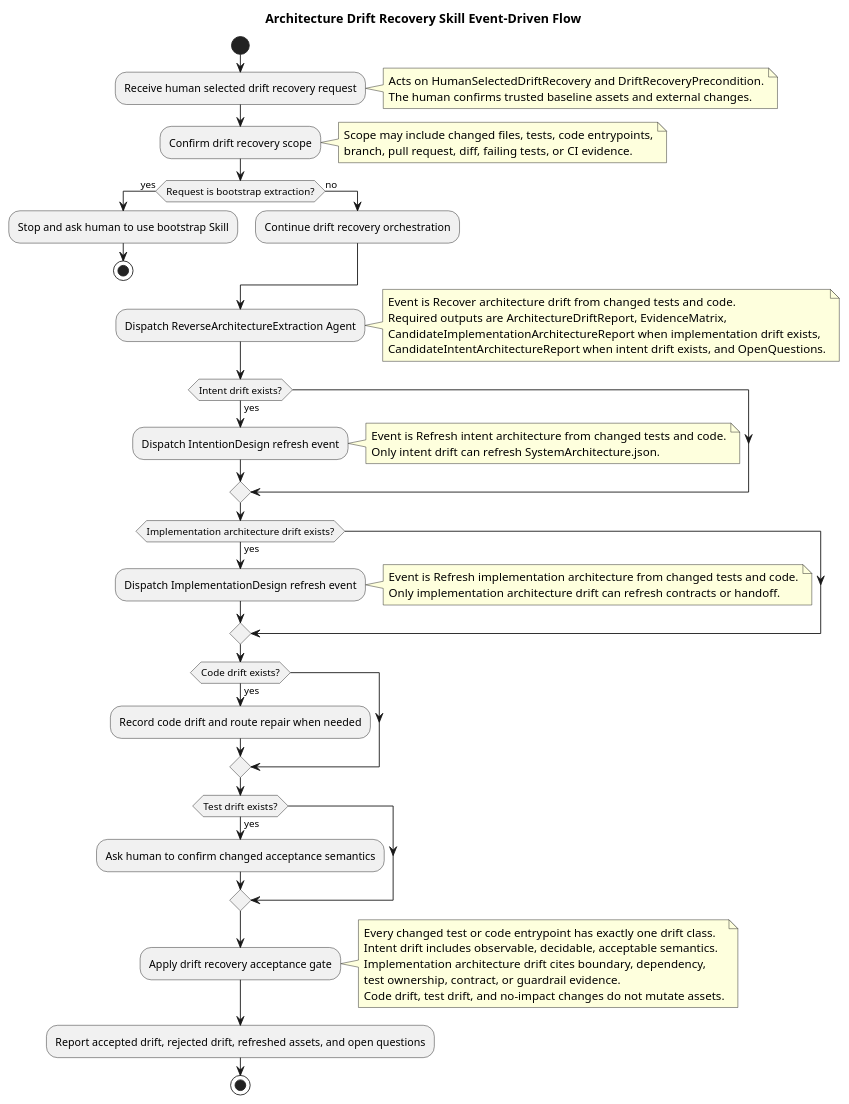
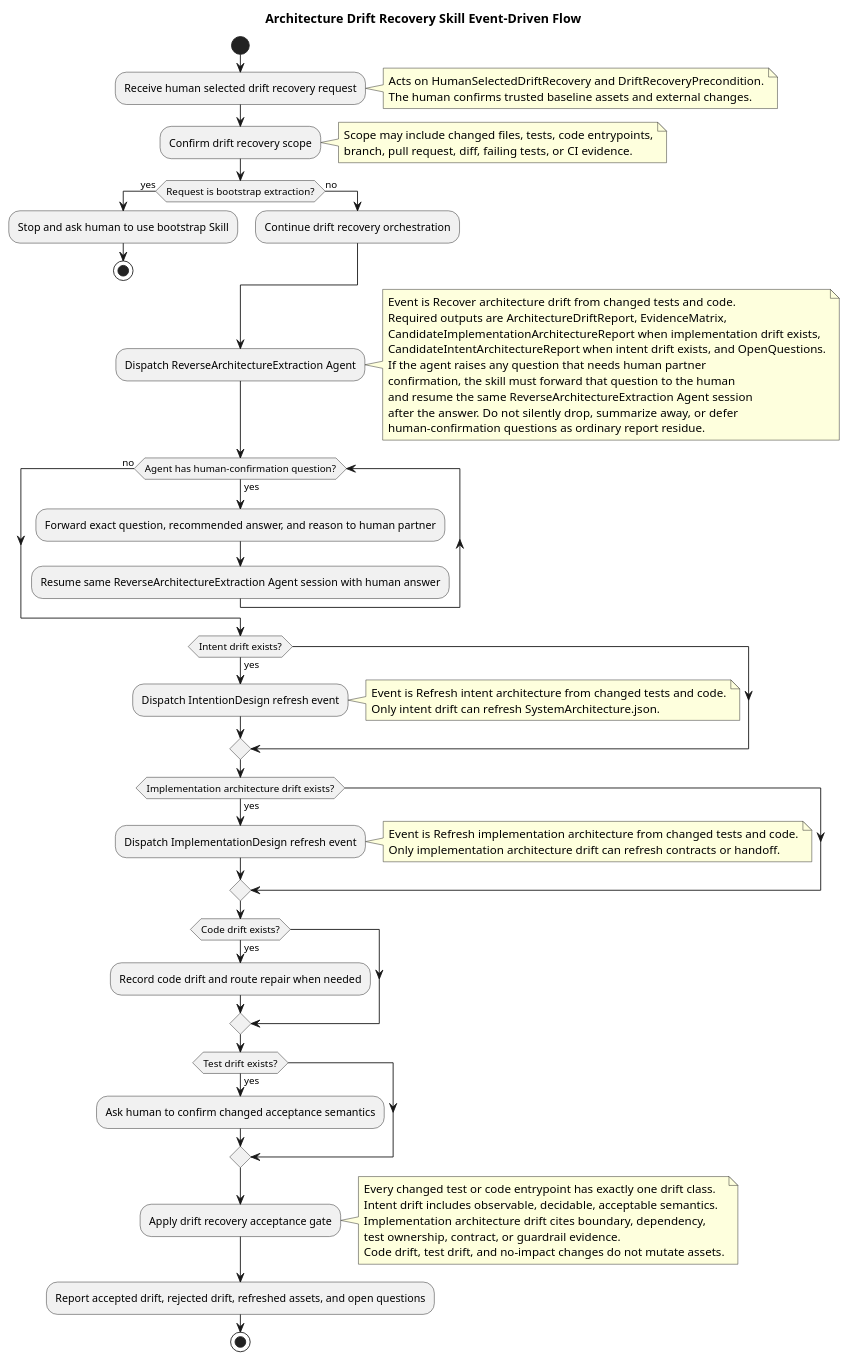
The second of 2 diagrams in .cursor/skills/architecture-drift-recovery/SKILL.md (derekhu0002/Argo), drawn with PlantUML before and after one commit.

````diff
--- a/.cursor/skills/architecture-drift-recovery/SKILL.md
+++ b/.cursor/skills/architecture-drift-recovery/SKILL.md
@@ -133,69 +133,79 @@
 ```plantuml
 @startuml ArchitectureDriftRecoverySkill_Behavior
 title Architecture Drift Recovery Skill Event-Driven Flow
 
 start
 :Receive human selected drift recovery request;
 note right
 Acts on HumanSelectedDriftRecovery and DriftRecoveryPrecondition.
 The human confirms trusted baseline assets and external changes.
 end note
 
 :Confirm drift recovery scope;
 note right
 Scope may include changed files, tests, code entrypoints,
 branch, pull request, diff, failing tests, or CI evidence.
 end note
 
 if (Request is bootstrap extraction?) then (yes)
   :Stop and ask human to use bootstrap Skill;
   stop
 else (no)
   :Continue drift recovery orchestration;
 endif
 
 :Dispatch ReverseArchitectureExtraction Agent;
 note right
 Event is Recover architecture drift from changed tests and code.
 Required outputs are ArchitectureDriftReport, EvidenceMatrix,
 CandidateImplementationArchitectureReport when implementation drift exists,
 CandidateIntentArchitectureReport when intent drift exists, and OpenQuestions.
+If the agent raises any question that needs human partner
+confirmation, the skill must forward that question to the human
+and resume the same ReverseArchitectureExtraction Agent session
+after the answer. Do not silently drop, summarize away, or defer
+human-confirmation questions as ordinary report residue.
 end note
+
+while (Agent has human-confirmation question?) is (yes)
+  :Forward exact question, recommended answer, and reason to human partner;
+  :Resume same ReverseArchitectureExtraction Agent session with human answer;
+endwhile (no)
 
 if (Intent drift exists?) then (yes)
   :Dispatch IntentionDesign refresh event;
   note right
 Event is Refresh intent architecture from changed tests and code.
 Only intent drift can refresh SystemArchitecture.json.
 end note
 endif
 
 if (Implementation architecture drift exists?) then (yes)
   :Dispatch ImplementationDesign refresh event;
   note right
 Event is Refresh implementation architecture from changed tests and code.
 Only implementation architecture drift can refresh contracts or handoff.
 end note
 endif
 
 if (Code drift exists?) then (yes)
   :Record code drift and route repair when needed;
 endif
 
 if (Test drift exists?) then (yes)
   :Ask human to confirm changed acceptance semantics;
 endif
 
 :Apply drift recovery acceptance gate;
 note right
 Every changed test or code entrypoint has exactly one drift class.
 Intent drift includes observable, decidable, acceptable semantics.
 Implementation architecture drift cites boundary, dependency,
 test ownership, contract, or guardrail evidence.
 Code drift, test drift, and no-impact changes do not mutate assets.
 end note
 
 :Report accepted drift, rejected drift, refreshed assets, and open questions;
 stop
 @enduml
 ```
````
